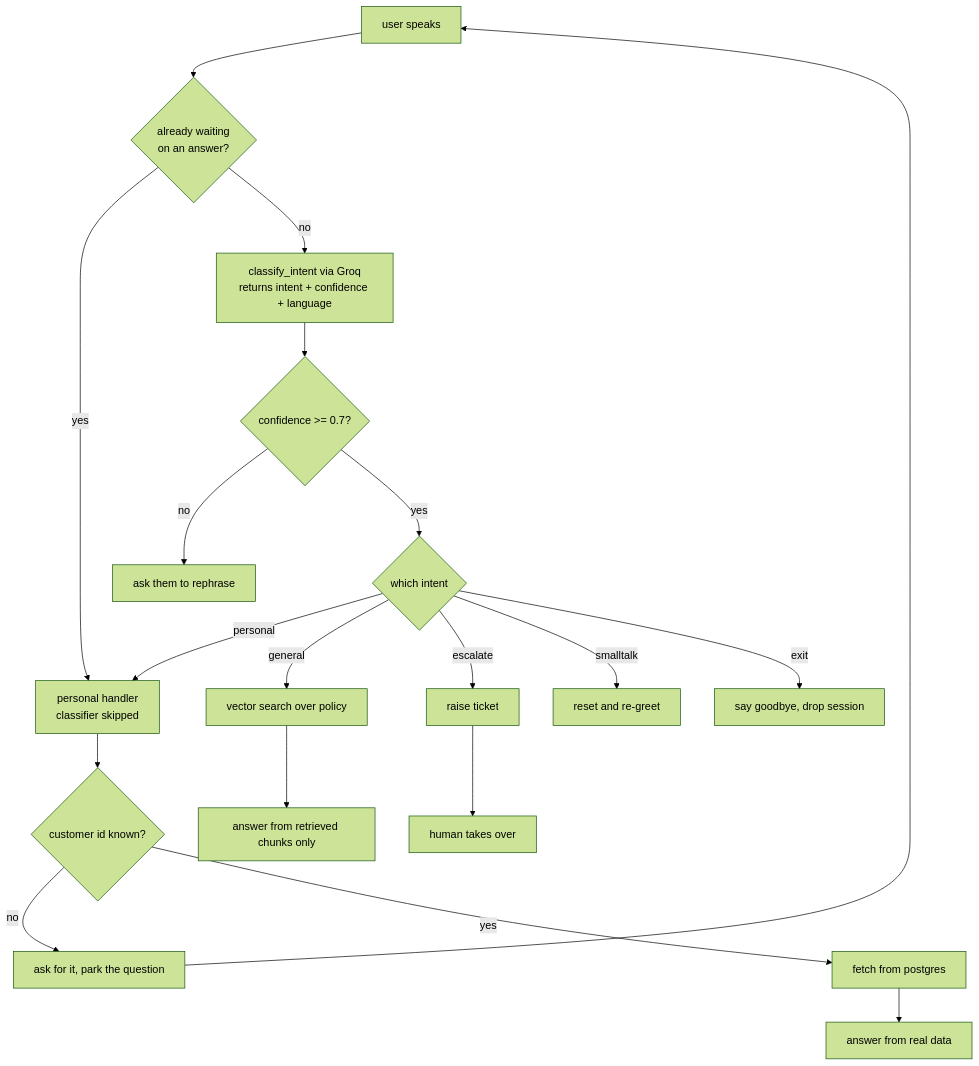
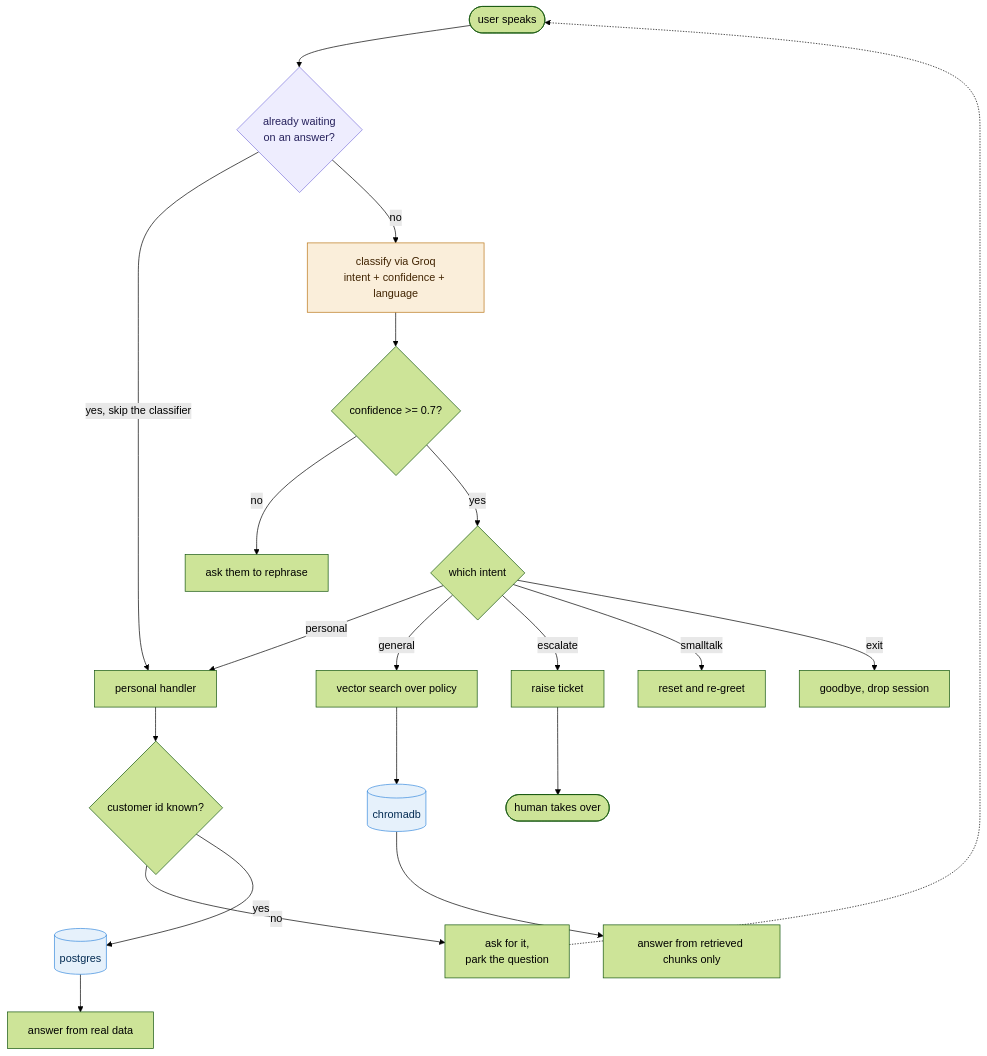
One commit to niharnandala/Banking_Voice_Agent_With_intelligent_Routing changed the first of 2 diagrams in README.MD. Above: the diagram before and after it, drawn with Mermaid (forest theme). The commit also changed other lines of this file, not shown here.

````diff
--- a/README.MD
+++ b/README.MD
@@ -64,17 +77,29 @@
 ```mermaid
 flowchart TD
-    A[user speaks] --> B{already waiting<br/>on an answer?}
-    B -->|yes| P[personal handler<br/>classifier skipped]
-    B -->|no| C[classify_intent via Groq<br/>returns intent + confidence + language]
+    A([user speaks]) --> B{already waiting<br/>on an answer?}
+    B -->|yes, skip the classifier| P
+    B -->|no| C[classify via Groq<br/>intent + confidence + language]
     C --> D{confidence >= 0.7?}
     D -->|no| U[ask them to rephrase]
     D -->|yes| E{which intent}
-    E -->|personal| P
-    E -->|general| G[vector search over policy] --> G2[answer from retrieved chunks only]
-    E -->|escalate| I[raise ticket] --> J[human takes over]
+
+    E -->|personal| P[personal handler]
+    E -->|general| G[vector search over policy]
+    E -->|escalate| I[raise ticket]
     E -->|smalltalk| K[reset and re-greet]
-    E -->|exit| X[say goodbye, drop session]
+    E -->|exit| X[goodbye, drop session]
+
     P --> P1{customer id known?}
-    P1 -->|no| P2[ask for it, park the question] --> A
-    P1 -->|yes| P3[fetch from postgres] --> P4[answer from real data]
+    P1 -->|no| P2[ask for it,<br/>park the question]
+    P2 -.-> A
+    P1 -->|yes| P3[(postgres)]
+    P3 --> ANS[answer from real data]
+    G --> G2[(chromadb)]
+    G2 --> ANS2[answer from retrieved chunks only]
+    I --> J([human takes over])
+
+    style C fill:#FAEEDA,stroke:#BA7517,color:#412402
+    style B fill:#EEEDFE,stroke:#7F77DD,color:#26215C
+    style P3 fill:#E6F1FB,stroke:#378ADD,color:#042C53
+    style G2 fill:#E6F1FB,stroke:#378ADD,color:#042C53
 ```
````
